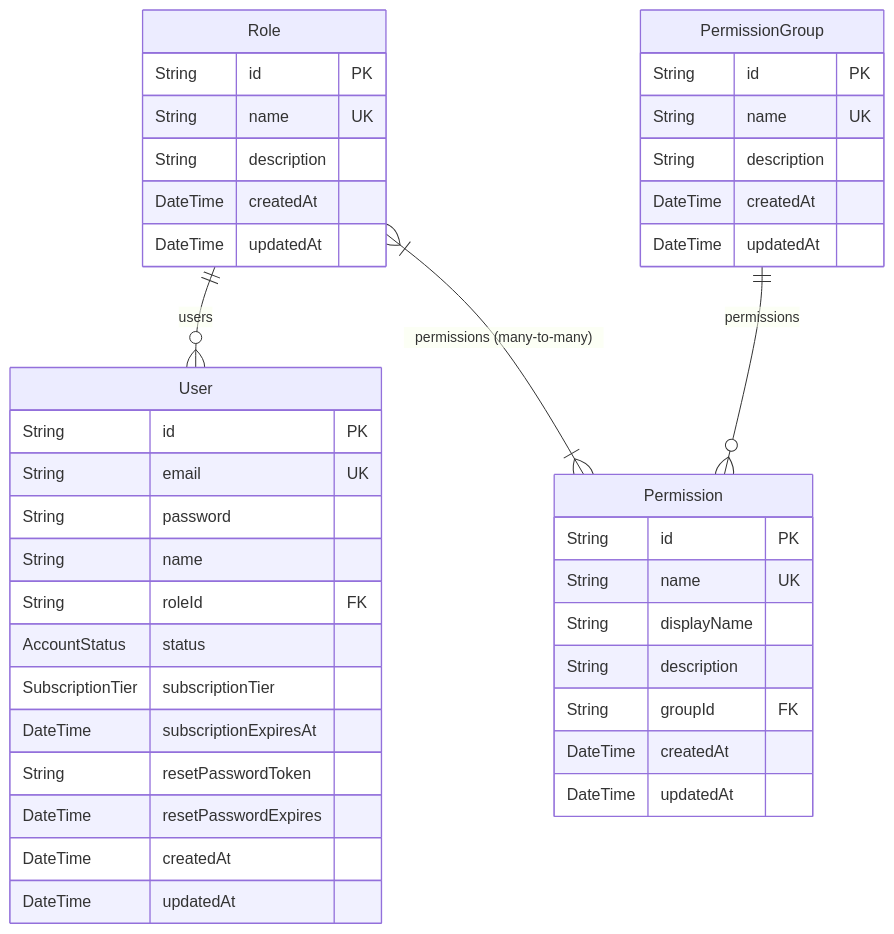
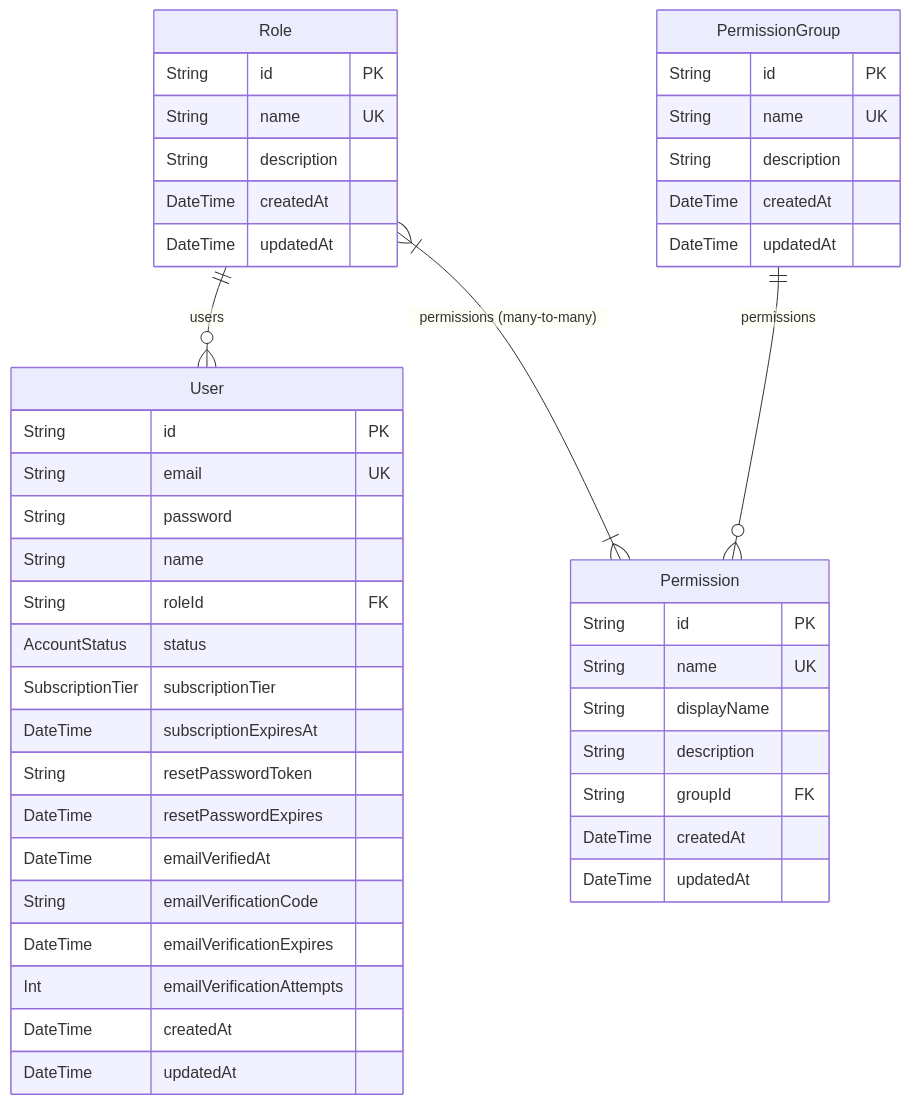
One commit to TanjiKhanh/IUROADMAP changed the first of 2 diagrams in iuroadmap.docs/schema/auth-schema.md. Above: the diagram before and after it, drawn with Mermaid. The commit also changed other lines of this file and 64 other files, not shown here.

````diff
--- a/iuroadmap.docs/schema/auth-schema.md
+++ b/iuroadmap.docs/schema/auth-schema.md
@@ -3,44 +3,48 @@
 ```mermaid
 erDiagram
     User {
         String id PK
         String email UK
         String password
         String name
         String roleId FK
         AccountStatus status
         SubscriptionTier subscriptionTier
         DateTime subscriptionExpiresAt
         String resetPasswordToken
         DateTime resetPasswordExpires
+        DateTime emailVerifiedAt
+        String emailVerificationCode
+        DateTime emailVerificationExpires
+        Int emailVerificationAttempts
         DateTime createdAt
         DateTime updatedAt
     }
     Role {
         String id PK
         String name UK
         String description
         DateTime createdAt
         DateTime updatedAt
     }
     PermissionGroup {
         String id PK
         String name UK
         String description
         DateTime createdAt
         DateTime updatedAt
     }
     Permission {
         String id PK
         String name UK
         String displayName
         String description
         String groupId FK
         DateTime createdAt
         DateTime updatedAt
     }
     
     Role ||--o{ User : "users"
     Role }|--|{ Permission : "permissions (many-to-many)"
     PermissionGroup ||--o{ Permission : "permissions"
 ```
````
